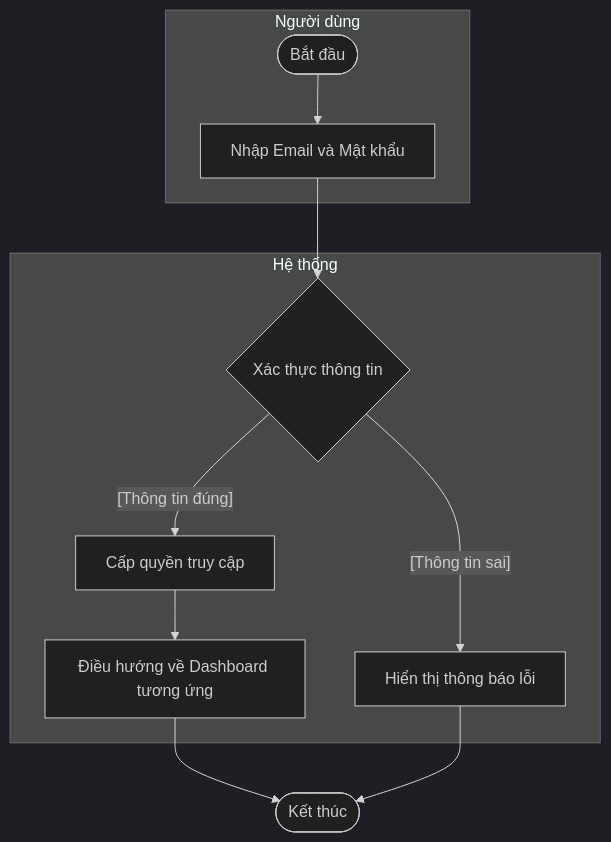
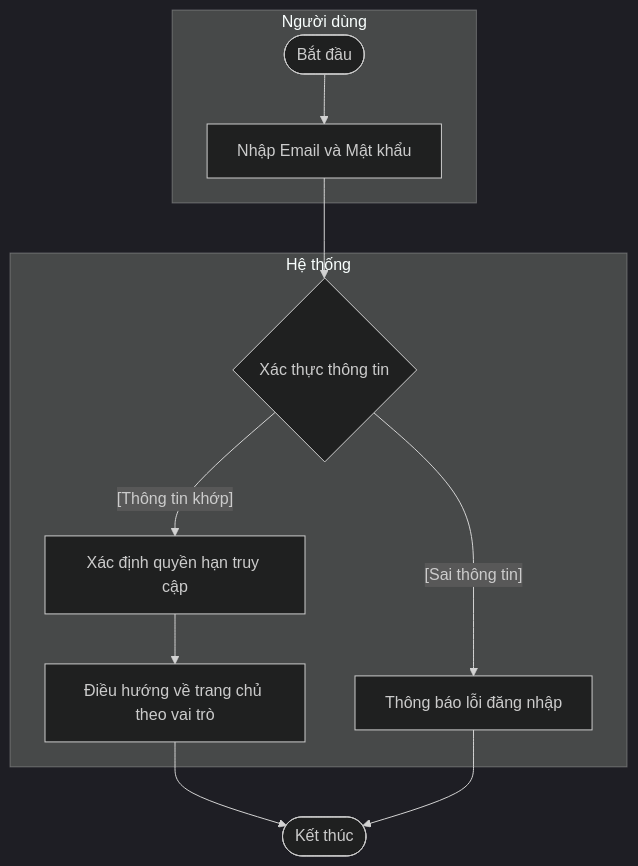
The second of 10 diagrams in docs/design/activity_diagrams.md (ngoctinn/Synapse), drawn with Mermaid (dark theme) before and after one commit. The commit also changed other lines of this file and 6 other files, not shown here.

Commit message:
docs: Add initial design documentation covering use cases, data specifications, and various system diagrams.

````diff
--- a/docs/design/activity_diagrams.md
+++ b/docs/design/activity_diagrams.md
@@ -38,17 +38,17 @@
 ```mermaid
 flowchart TD
     subgraph NguoiDung ["Người dùng"]
-        Start([Bắt đầu]) --> Input[Nhập Email và Mật khẩu]
+        Start([Bắt đầu]) --> InputLogin[Nhập Email và Mật khẩu]
     end
 
     subgraph HeThong ["Hệ thống"]
-        Input --> Auth{Xác thực thông tin}
-        Auth -- "[Thông tin sai]" --> ShowError[Hiển thị thông báo lỗi]
-        Auth -- "[Thông tin đúng]" --> Access[Cấp quyền truy cập]
+        InputLogin --> AuthCheck{Xác thực thông tin}
+        AuthCheck -- "[Sai thông tin]" --> LoginFail[Thông báo lỗi đăng nhập]
+        AuthCheck -- "[Thông tin khớp]" --> GetRole[Xác định quyền hạn truy cập]
 
-        Access --> RoleCheck[Điều hướng về Dashboard tương ứng]
+        GetRole --> RedirectHome[Điều hướng về trang chủ theo vai trò]
     end
 
-    RoleCheck --> End([Kết thúc])
-    ShowError --> End
+    RedirectHome --> End([Kết thúc])
+    LoginFail --> End
 ```
````
